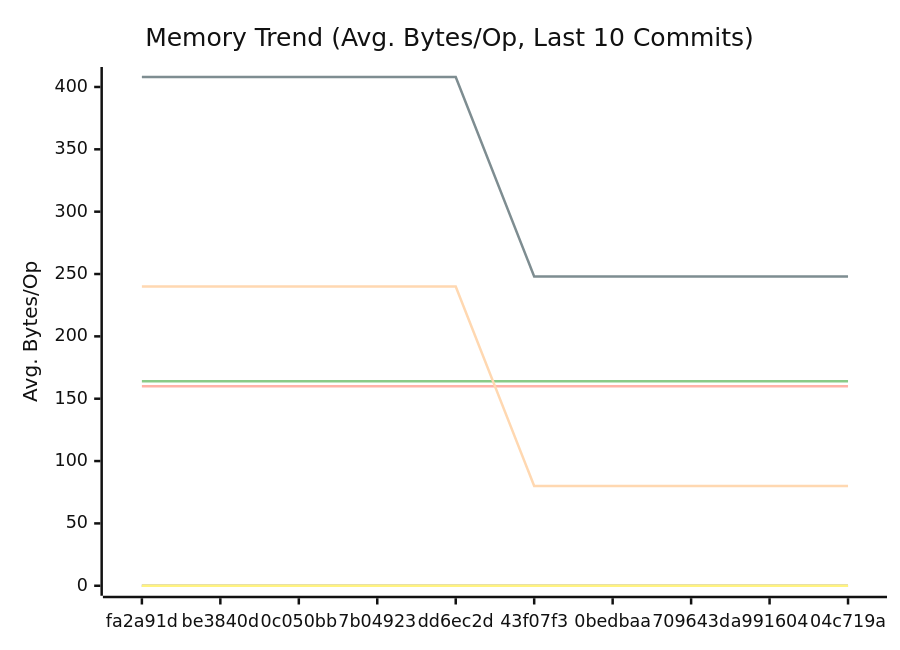
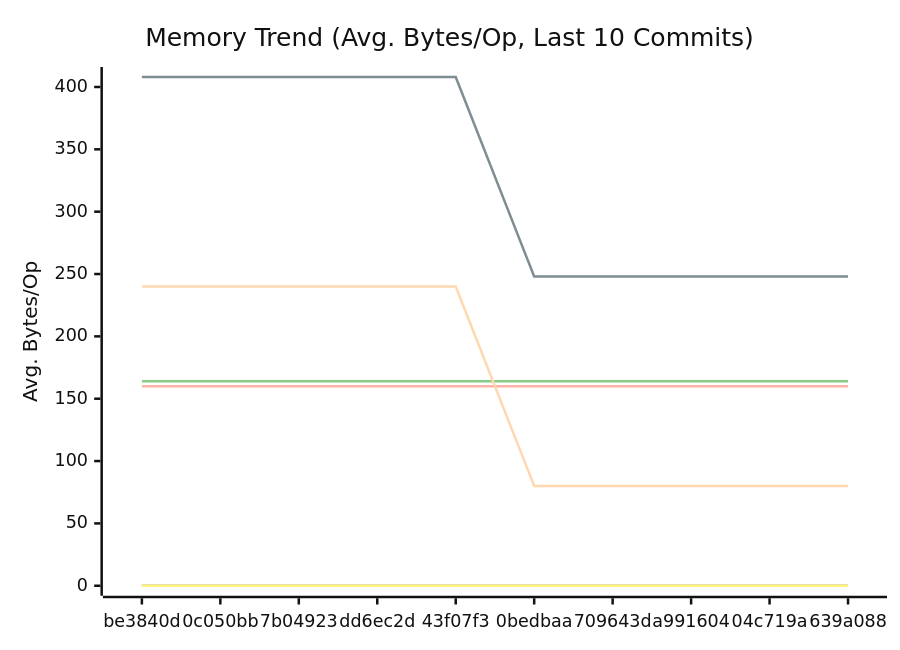
The second of 3 diagrams in docs/PERFORMANCE.md (alsotoes/momo), drawn with Mermaid (neutral theme) before and after one commit. The commit also changed other lines of this file and 3 other files, not shown here.

````diff
--- a/docs/PERFORMANCE.md
+++ b/docs/PERFORMANCE.md
@@ -97,16 +97,16 @@
 ```mermaid
 xychart-beta
     title "Memory Trend (Avg. Bytes/Op, Last 10 Commits)"
     x-axis "Commit"
     y-axis "Avg. Bytes/Op"
-    x-axis [fa2a91d,be3840d,0c050bb,7b04923,dd6ec2d,43f07f3,0bedbaa,709643d,a991604,04c719a]
+    x-axis [be3840d,0c050bb,7b04923,dd6ec2d,43f07f3,0bedbaa,709643d,a991604,04c719a,639a088]
     line "CheckMetricsAndSwap" [0,0,0,0,0,0,0,0,0,0]
     line "CrushOptimized" [0,0,0,0,0,0,0,0,0,0]
     line "CrushOriginal" [164,164,164,164,164,164,164,164,164,164]
     line "IndexDirectTracking" [0,0,0,0,0,0,0,0,0,0]
     line "IndexSearch" [0,0,0,0,0,0,0,0,0,0]
     line "LoadGlobalConfig" [160,160,160,160,160,160,160,160,160,160]
     line "PadString" [0,0,0,0,0,0,0,0,0,0]
     line "ParseReplicationOrder_NoPrealloc" [408,408,408,408,408,248,248,248,248,248]
     line "ParseReplicationOrder_Prealloc" [240,240,240,240,240,80,80,80,80,80]
 ```
````
